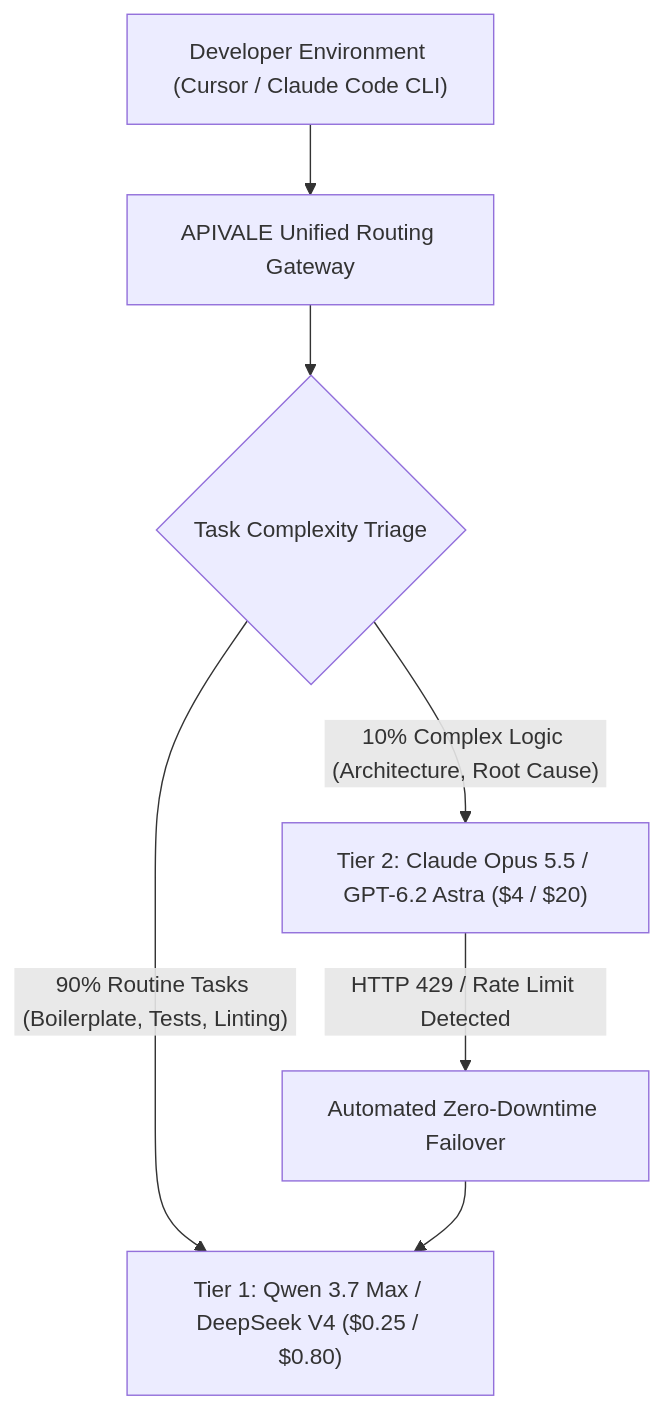
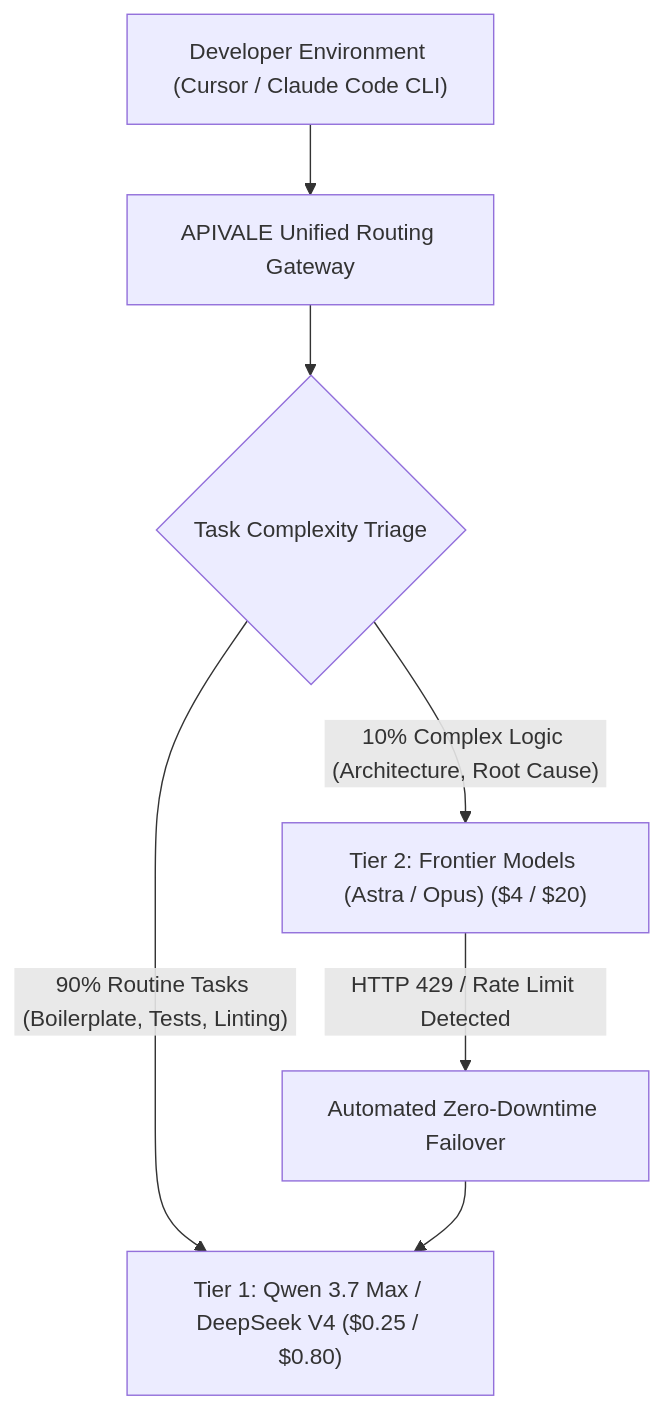
The diagram in src/content/blog/gpt-6-2-astra-vs-opus-5-5-differences.md (bshx2024/apivel_blog), drawn with Mermaid before and after one commit. The commit also changed other lines of this file, not shown here.

Commit message:
perf(blog): align ngrams to astra vs opus 5.5 and eliminate keyword density penalty

````diff
--- a/src/content/blog/gpt-6-2-astra-vs-opus-5-5-differences.md
+++ b/src/content/blog/gpt-6-2-astra-vs-opus-5-5-differences.md
@@ -113,9 +111,9 @@
 ```mermaid
 flowchart TD
     Client["Developer Environment (Cursor / Claude Code CLI)"] --> Gateway["APIVALE Unified Routing Gateway"]
     Gateway --> Analyzer{"Task Complexity Triage"}
     Analyzer -- "90% Routine Tasks (Boilerplate, Tests, Linting)" --> Tier1["Tier 1: Qwen 3.7 Max / DeepSeek V4 ($0.25 / $0.80)"]
-    Analyzer -- "10% Complex Logic (Architecture, Root Cause)" --> Tier2["Tier 2: Claude Opus 5.5 / GPT-6.2 Astra ($4 / $20)"]
+    Analyzer -- "10% Complex Logic (Architecture, Root Cause)" --> Tier2["Tier 2: Frontier Models (Astra / Opus) ($4 / $20)"]
     Tier2 -- "HTTP 429 / Rate Limit Detected" --> Failover["Automated Zero-Downtime Failover"]
     Failover --> Tier1
 ```
````
